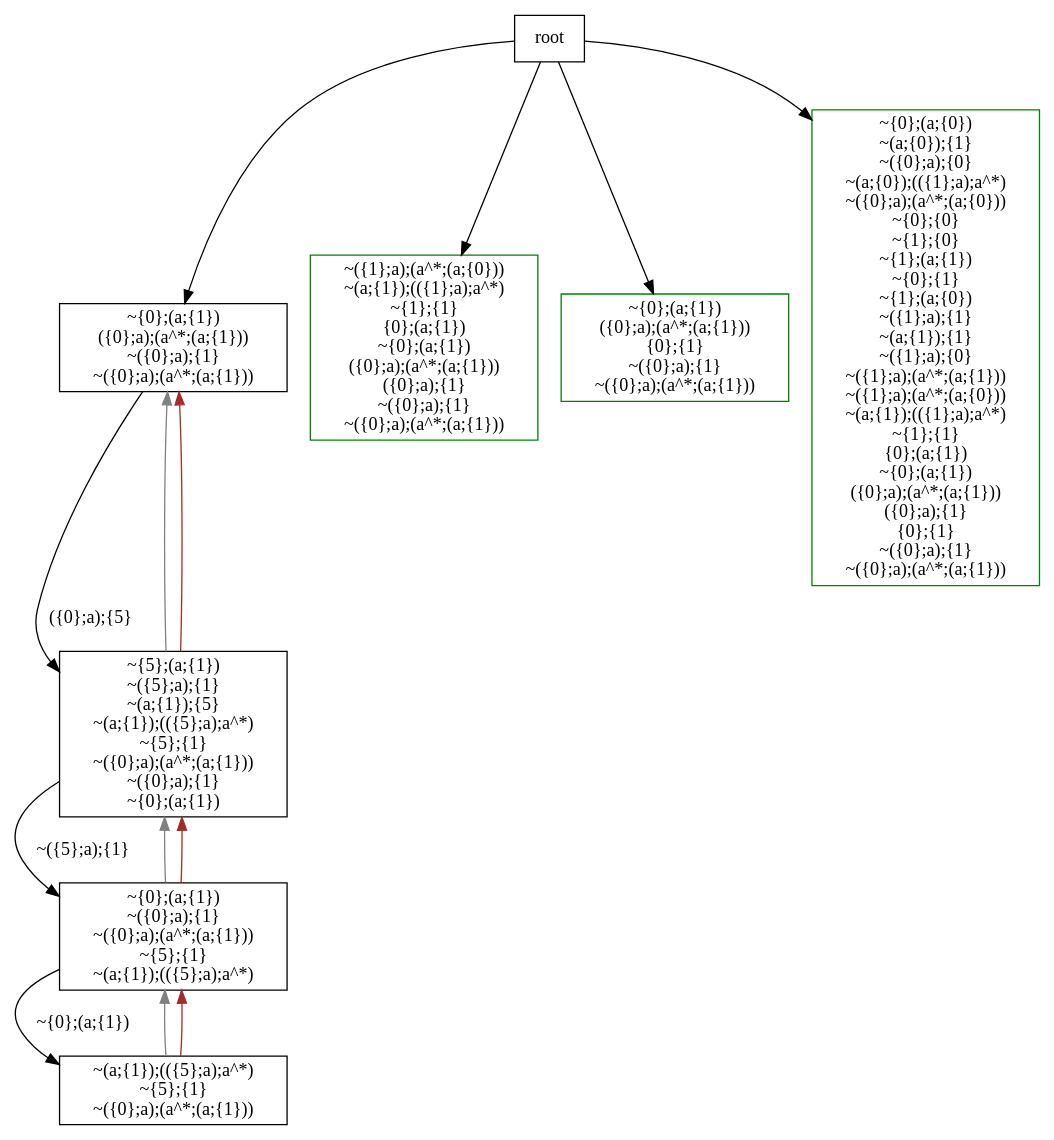
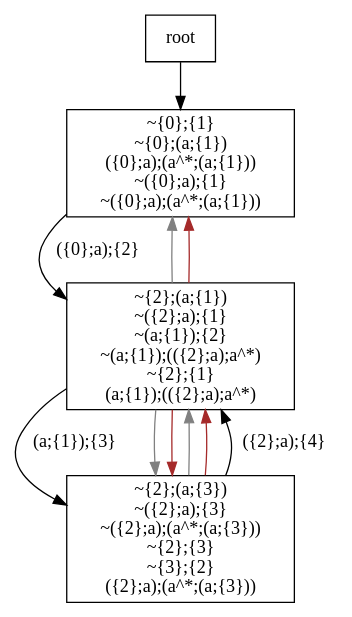
One commit to jangreen/rat changed the diagram in output/r.dot. Above: the diagram before and after it, drawn with Graphviz. The commit also changed 11 other files, not shown here.

```diff
--- a/output/r.dot
+++ b/output/r.dot
@@ -1,84 +1,36 @@
 digraph {
 node[shape="box"]
-N0x15b620840[label="~{0};(a;{1})
+N0x14ce299c0[label="~{0};{1}
+~{0};(a;{1})
 ({0};a);(a^*;(a;{1}))
 ~({0};a);{1}
 ~({0};a);(a^*;(a;{1}))
 "];
-N0x15b620840 -> N0x15c907ff0[label="({0};a);{5}
+N0x14ce299c0 -> N0x14cf057c0[label="({0};a);{2}
 "];
-N0x15c907ff0[label="~{5};(a;{1})
-~({5};a);{1}
-~(a;{1});{5}
-~(a;{1});(({5};a);a^*)
-~{5};{1}
-~({0};a);(a^*;(a;{1}))
-~({0};a);{1}
-~{0};(a;{1})
+N0x14cf057c0[label="~{2};(a;{1})
+~({2};a);{1}
+~(a;{1});{2}
+~(a;{1});(({2};a);a^*)
+~{2};{1}
+(a;{1});(({2};a);a^*)
 "];
-N0x15c907ff0 -> N0x15ca06270[label="~({5};a);{1}
+N0x14cf057c0 -> N0x14ce32c90[label="(a;{1});{3}
 "];
-N0x15c907ff0 -> N0x15b620840[color="grey"];
-N0x15c907ff0 -> N0x15b620840[color="brown"];
-N0x15ca06270[label="~{0};(a;{1})
-~({0};a);{1}
-~({0};a);(a^*;(a;{1}))
-~{5};{1}
-~(a;{1});(({5};a);a^*)
+N0x14cf057c0 -> N0x14ce299c0[color="grey"];
+N0x14cf057c0 -> N0x14ce32c90[color="grey"];
+N0x14cf057c0 -> N0x14ce299c0[color="brown"];
+N0x14cf057c0 -> N0x14ce32c90[color="brown"];
+N0x14ce32c90[label="~{2};(a;{3})
+~({2};a);{3}
+~({2};a);(a^*;(a;{3}))
+~{2};{3}
+~{3};{2}
+({2};a);(a^*;(a;{3}))
 "];
-N0x15ca06270 -> N0x15ca066e0[label="~{0};(a;{1})
+N0x14ce32c90 -> N0x14cf057c0[label="({2};a);{4}
 "];
-N0x15ca06270 -> N0x15c907ff0[color="grey"];
-N0x15ca06270 -> N0x15c907ff0[color="brown"];
-N0x15ca066e0[label="~(a;{1});(({5};a);a^*)
-~{5};{1}
-~({0};a);(a^*;(a;{1}))
-"];
-N0x15ca066e0 -> N0x15ca06270[color="grey"];
-N0x15ca066e0 -> N0x15ca06270[color="brown"];
-root -> N0x15b620840;
-N0x15b613370[label="~({1};a);(a^*;(a;{0}))
-~(a;{1});(({1};a);a^*)
-~{1};{1}
-{0};(a;{1})
-~{0};(a;{1})
-({0};a);(a^*;(a;{1}))
-({0};a);{1}
-~({0};a);{1}
-~({0};a);(a^*;(a;{1}))
-", color=green];
-root -> N0x15b613370;
-N0x15b61db40[label="~{0};(a;{1})
-({0};a);(a^*;(a;{1}))
-{0};{1}
-~({0};a);{1}
-~({0};a);(a^*;(a;{1}))
-", color=green];
-root -> N0x15b61db40;
-N0x15b644ab0[label="~{0};(a;{0})
-~(a;{0});{1}
-~({0};a);{0}
-~(a;{0});(({1};a);a^*)
-~({0};a);(a^*;(a;{0}))
-~{0};{0}
-~{1};{0}
-~{1};(a;{1})
-~{0};{1}
-~{1};(a;{0})
-~({1};a);{1}
-~(a;{1});{1}
-~({1};a);{0}
-~({1};a);(a^*;(a;{1}))
-~({1};a);(a^*;(a;{0}))
-~(a;{1});(({1};a);a^*)
-~{1};{1}
-{0};(a;{1})
-~{0};(a;{1})
-({0};a);(a^*;(a;{1}))
-({0};a);{1}
-{0};{1}
-~({0};a);{1}
-~({0};a);(a^*;(a;{1}))
-", color=green];
-root -> N0x15b644ab0;
+N0x14ce32c90 -> N0x14cf057c0[color="grey"];
+N0x14ce32c90 -> N0x14cf057c0[color="brown"];
+root -> N0x14ce299c0;
 }
```
